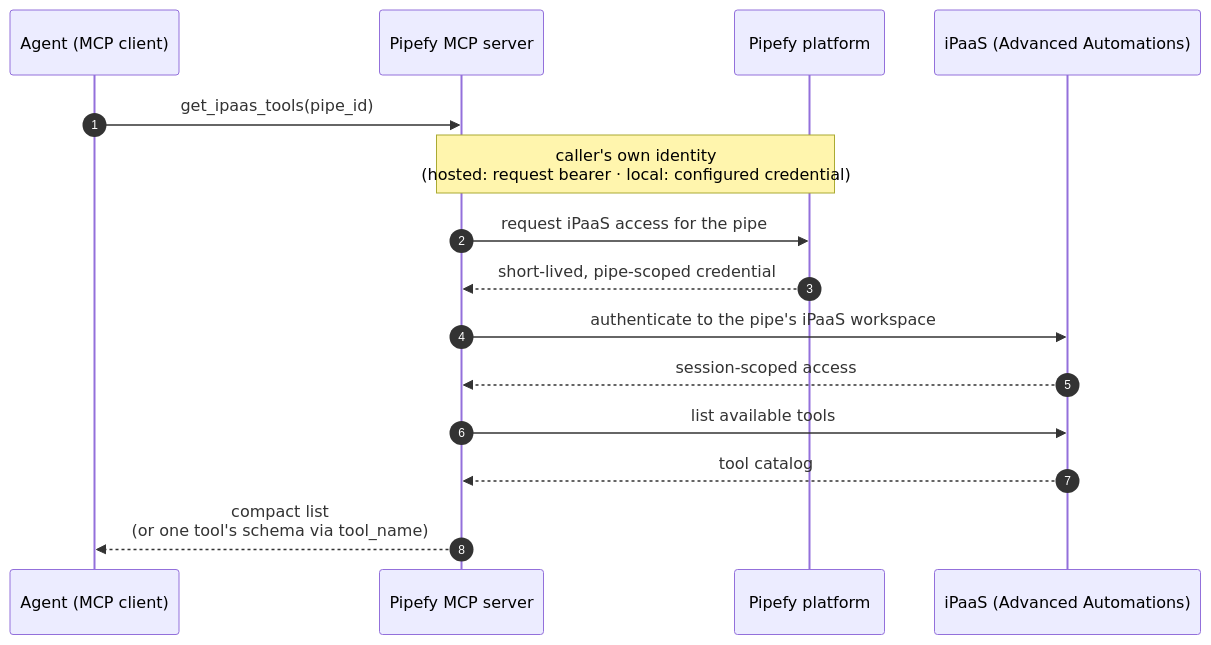
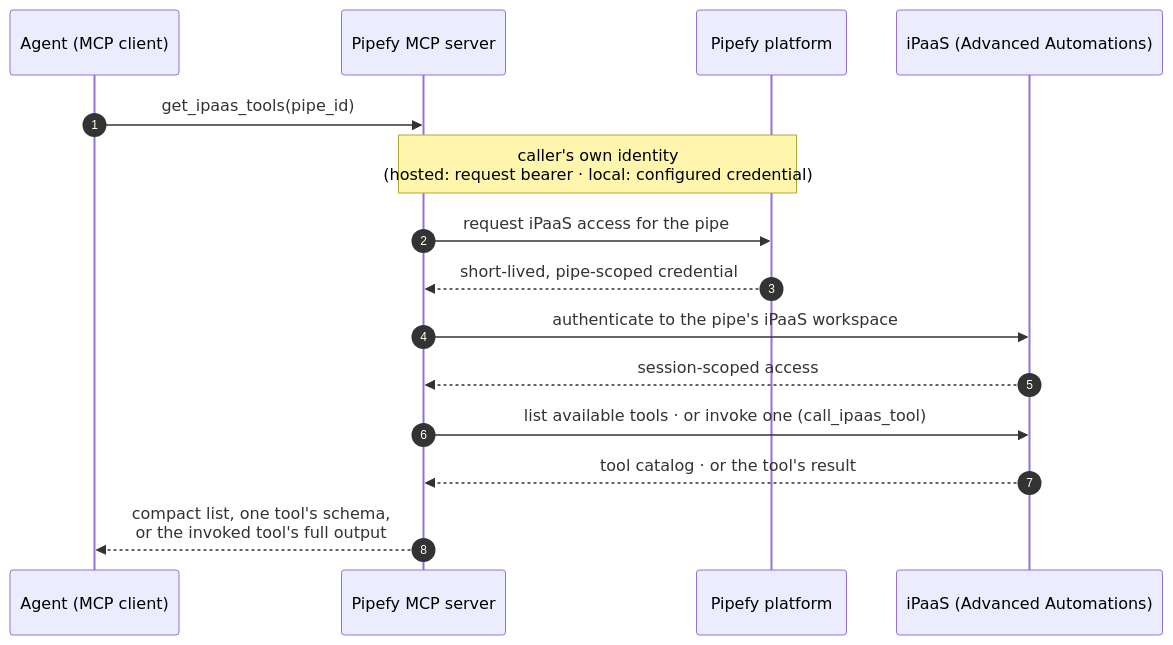
One commit to gbrlcustodio/pipefy-mcp-server changed the diagram in docs/ipaas.md. Above: the diagram before and after it, drawn with Mermaid. The commit also changed other lines of this file and 9 other files, not shown here.

First line of the commit message:
feat(mcp): invoke iPaaS tools via call_ipaas_tool

````diff
--- a/docs/ipaas.md
+++ b/docs/ipaas.md
@@ -16,18 +19,18 @@
 ```mermaid
 sequenceDiagram
     autonumber
     participant Agent as Agent (MCP client)
     participant MCP as Pipefy MCP server
     participant Pipefy as Pipefy platform
     participant iPaaS as iPaaS (Advanced Automations)
 
     Agent->>MCP: get_ipaas_tools(pipe_id)
     Note over MCP,Pipefy: caller's own identity<br/>(hosted: request bearer · local: configured credential)
     MCP->>Pipefy: request iPaaS access for the pipe
     Pipefy-->>MCP: short-lived, pipe-scoped credential
     MCP->>iPaaS: authenticate to the pipe's iPaaS workspace
     iPaaS-->>MCP: session-scoped access
-    MCP->>iPaaS: list available tools
-    iPaaS-->>MCP: tool catalog
-    MCP-->>Agent: compact list<br/>(or one tool's schema via tool_name)
+    MCP->>iPaaS: list available tools · or invoke one (call_ipaas_tool)
+    iPaaS-->>MCP: tool catalog · or the tool's result
+    MCP-->>Agent: compact list, one tool's schema,<br/>or the invoked tool's full output
 ```
````
